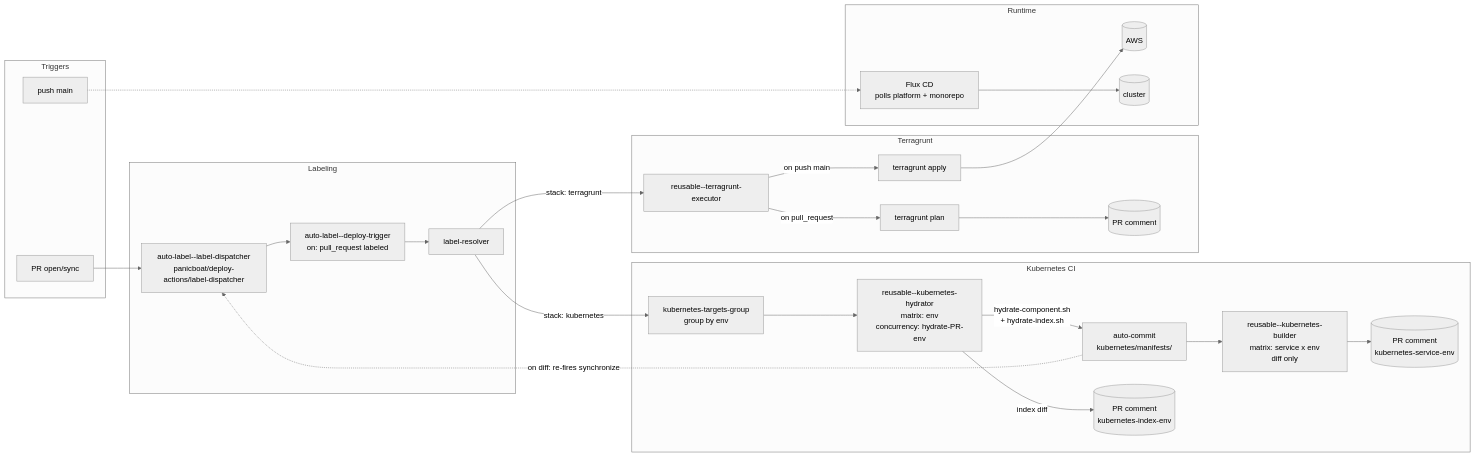
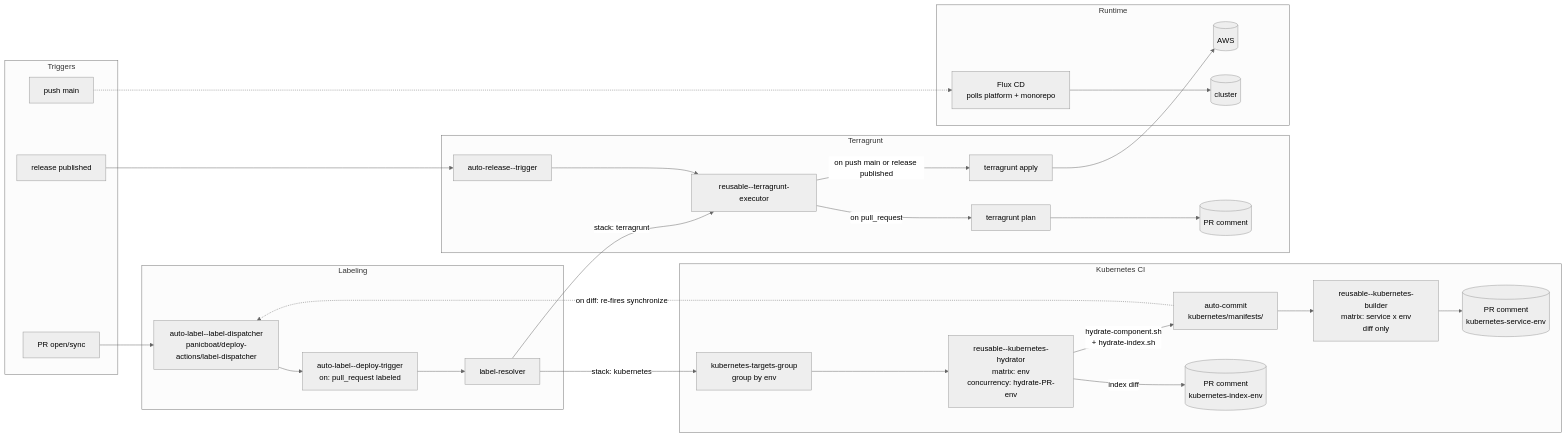
The diagram in README-ja.md (panicboat/platform), drawn with Mermaid (neutral theme) before and after one commit. The commit also changed other lines of this file and 2 other files, not shown here.

Commit message:
ci: apply release environments when a service release is published

````diff
--- a/README-ja.md
+++ b/README-ja.md
@@ -55,53 +60,57 @@
 ```mermaid
 flowchart LR
   subgraph Triggers
     PRevent[PR open/sync]
     Mainpush[push main]
+    Release[release published]
   end
 
   subgraph Labeling
     Dispatcher[auto-label--label-dispatcher<br/>panicboat/deploy-actions/label-dispatcher]
     Trigger[auto-label--deploy-trigger<br/>on: pull_request labeled]
     Resolver[label-resolver]
   end
 
   subgraph KubernetesCI [Kubernetes CI]
     Group[kubernetes-targets-group<br/>group by env]
     Hydrator[reusable--kubernetes-hydrator<br/>matrix: env<br/>concurrency: hydrate-PR-env]
     Commit[auto-commit<br/>kubernetes/manifests/]
     Builder[reusable--kubernetes-builder<br/>matrix: service x env<br/>diff only]
     IndexComment[(PR comment<br/>kubernetes-index-env)]
     CompComment[(PR comment<br/>kubernetes-service-env)]
   end
 
   subgraph Terragrunt
+    ReleaseTrigger[auto-release--trigger]
     TG[reusable--terragrunt-executor]
     Plan[terragrunt plan]
     Apply[terragrunt apply]
     PRComment[(PR comment)]
   end
 
   subgraph Runtime
     AWS[(AWS)]
     FluxCD[Flux CD<br/>polls platform + monorepo]
     Cluster[(cluster)]
   end
 
   PRevent --> Dispatcher
   Dispatcher --> Trigger
   Trigger --> Resolver
   Resolver -->|stack: terragrunt| TG
+  Release --> ReleaseTrigger
+  ReleaseTrigger --> TG
   TG -->|on pull_request| Plan
-  TG -->|on push main| Apply
+  TG -->|on push main or release published| Apply
   Plan --> PRComment
   Apply --> AWS
   Resolver -->|stack: kubernetes| Group
   Group --> Hydrator
   Hydrator -->|hydrate-component.sh<br/>+ hydrate-index.sh| Commit
   Hydrator -->|index diff| IndexComment
   Commit --> Builder
   Builder --> CompComment
   Mainpush -.-> FluxCD
   FluxCD --> Cluster
   Commit -.->|on diff: re-fires synchronize| Dispatcher
 ```
````
